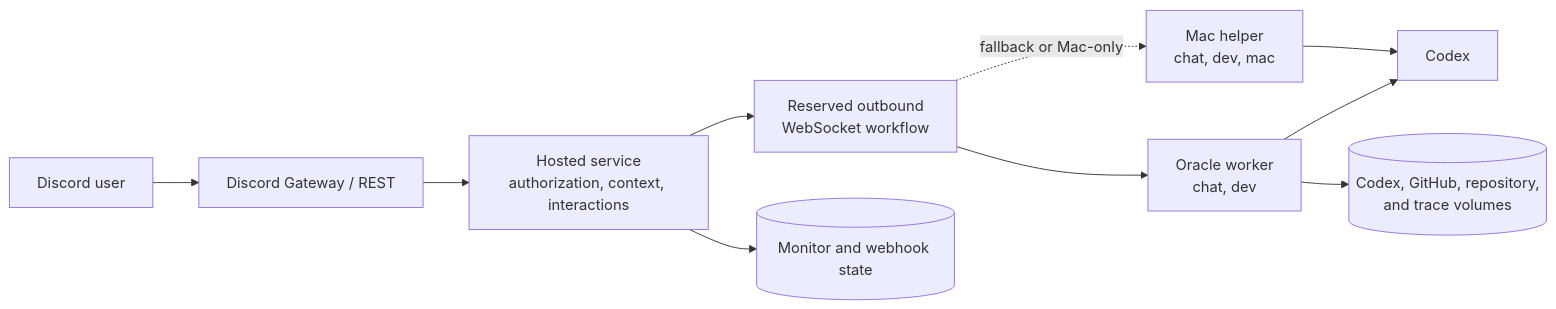
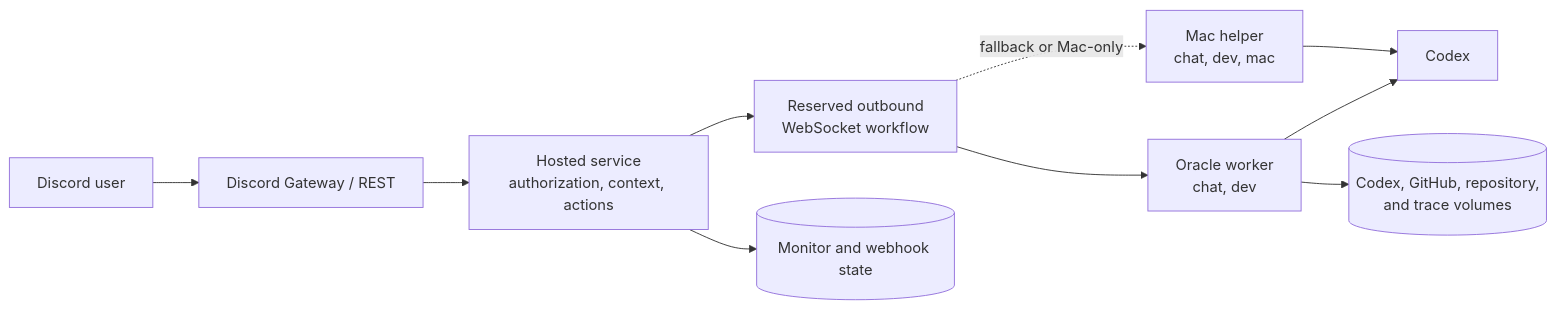
One commit to Hsiii/WM31Bot changed the diagram in docs/architecture.md. Above: the diagram before and after it, drawn with Mermaid. The commit also changed other lines of this file and 18 other files, not shown here.

````diff
--- a/docs/architecture.md
+++ b/docs/architecture.md
@@ -9,12 +9,12 @@
 ```mermaid
 flowchart LR
     U["Discord user"] --> D["Discord Gateway / REST"]
-    D --> H["Hosted service<br/>authorization, context, interactions"]
+    D --> H["Hosted service<br/>authorization, context, actions"]
     H --> W["Reserved outbound<br/>WebSocket workflow"]
     W --> O["Oracle worker<br/>chat, dev"]
     W -. "fallback or Mac-only" .-> M["Mac helper<br/>chat, dev, mac"]
     O --> C["Codex"]
     M --> C
     H --> S[("Monitor and webhook state")]
     O --> V[("Codex, GitHub, repository,<br/>and trace volumes")]
 ```
````
